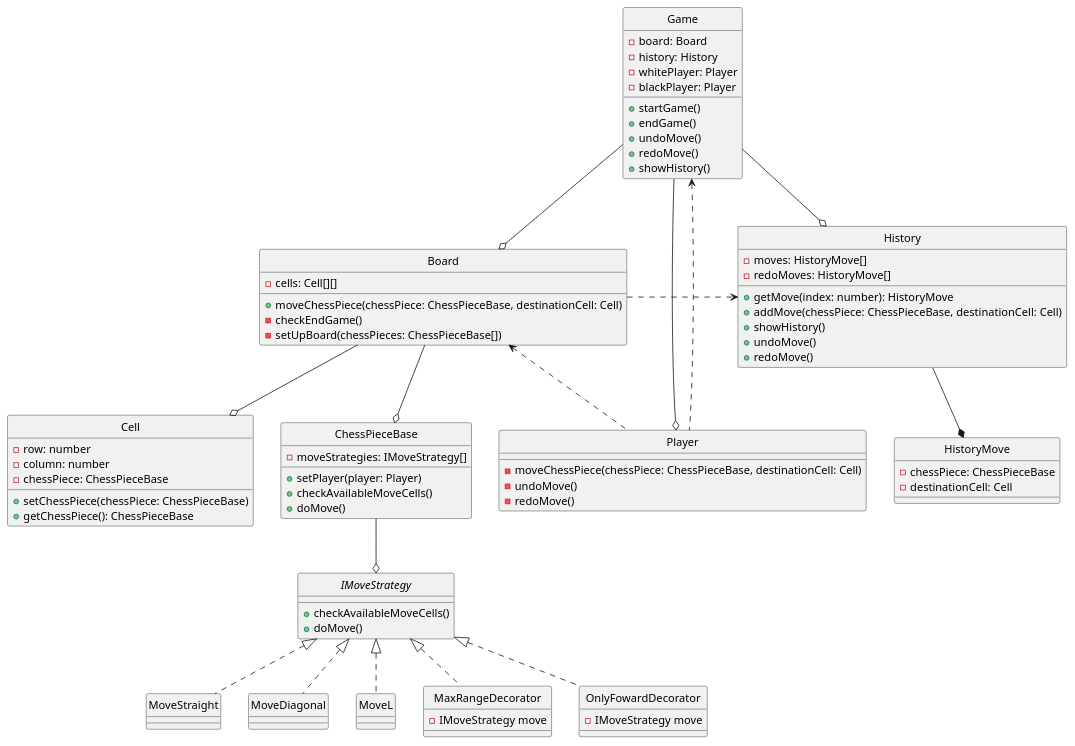
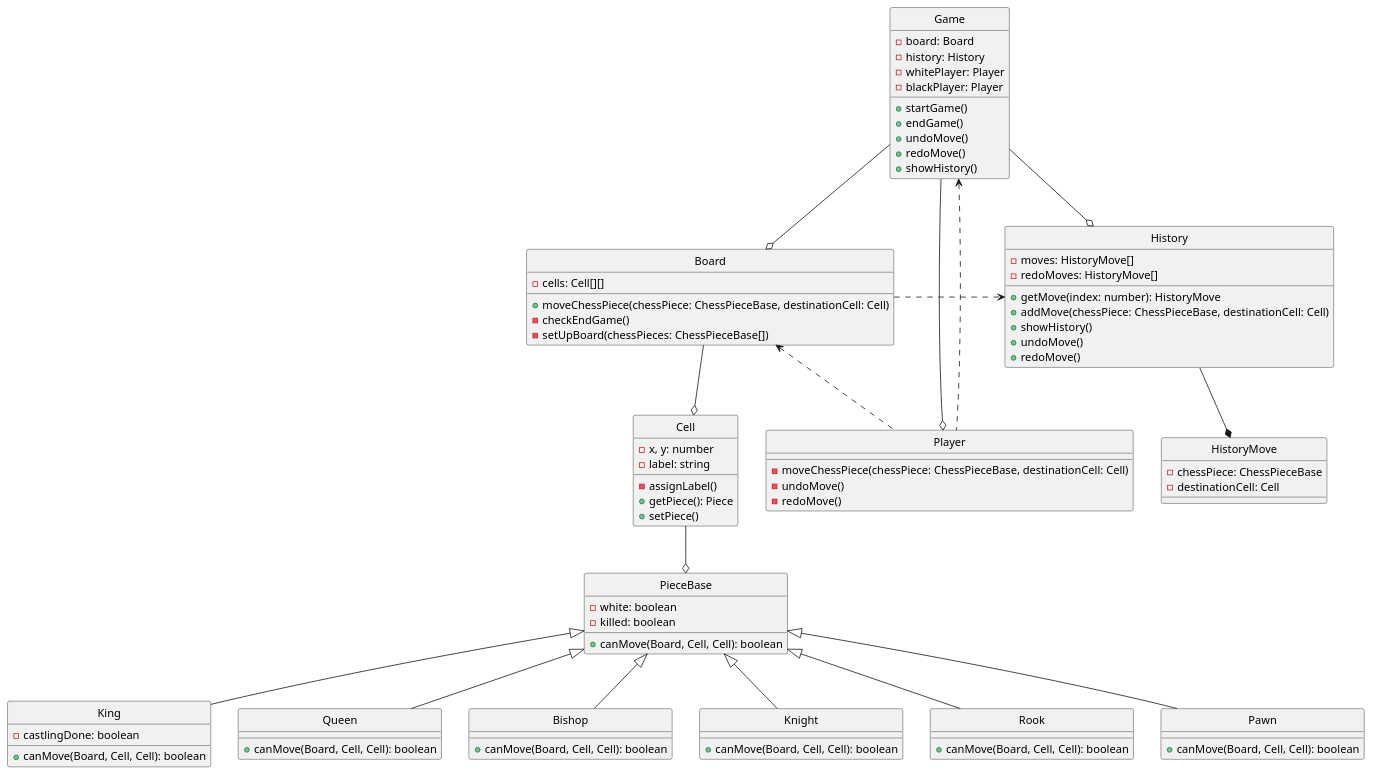
Before and after one commit to duyhq-zee1/chess-game: the diagram in class-diagram.puml, drawn with PlantUML.

Commit message:
doc: fix class diagram

```diff
--- a/class-diagram.puml
+++ b/class-diagram.puml
@@ -1,93 +1,96 @@
 @startuml "Chess game"
 hide circle
 
 class Board {
   - cells: Cell[][]
   + moveChessPiece(chessPiece: ChessPieceBase, destinationCell: Cell)
   - checkEndGame()
   - setUpBoard(chessPieces: ChessPieceBase[])
 }
 
 class Cell {
-  - row: number
-  - column: number
-  - chessPiece: ChessPieceBase
-  + setChessPiece(chessPiece: ChessPieceBase)
-  + getChessPiece(): ChessPieceBase
+  - x, y: number
+  - label: string
+  - assignLabel()
+  + getPiece(): Piece
+  + setPiece()
 }
 
 class Player {
   - moveChessPiece(chessPiece: ChessPieceBase, destinationCell: Cell)
   - undoMove()
   - redoMove()
 }
 
-class ChessPieceBase {
-  - moveStrategies: IMoveStrategy[]
-  + setPlayer(player: Player)
-  + checkAvailableMoveCells()
-  + doMove()
+class PieceBase {
+  - white: boolean
+  - killed: boolean
+  + canMove(Board, Cell, Cell): boolean
 }
 
-interface IMoveStrategy { 
-  + checkAvailableMoveCells()
-  + doMove()
+class King extends PieceBase {
+  - castlingDone: boolean
+  + canMove(Board, Cell, Cell): boolean
 }
 
-class MoveStraight implements IMoveStrategy { }
-
-class MoveDiagonal implements IMoveStrategy { }
-
-class MoveL implements IMoveStrategy { }
-
-class MaxRangeDecorator implements IMoveStrategy {
-  - IMoveStrategy move
+class Queen extends PieceBase {
+  + canMove(Board, Cell, Cell): boolean
 }
 
-class OnlyFowardDecorator implements IMoveStrategy {
-  - IMoveStrategy move
+class Bishop extends PieceBase {
+  + canMove(Board, Cell, Cell): boolean
+}
+
+class Knight extends PieceBase {
+  + canMove(Board, Cell, Cell): boolean
+}
+
+class Rook extends PieceBase {
+  + canMove(Board, Cell, Cell): boolean
+}
+
+class Pawn extends PieceBase {
+  + canMove(Board, Cell, Cell): boolean
 }
 
 class Game {
   - board: Board
   - history: History
   - whitePlayer: Player
   - blackPlayer: Player
   + startGame()
   + endGame()
   + undoMove()
   + redoMove()
   + showHistory()
 }
 
 class History { 
   - moves: HistoryMove[]
   - redoMoves: HistoryMove[]
   + getMove(index: number): HistoryMove
   + addMove(chessPiece: ChessPieceBase, destinationCell: Cell)
   + showHistory()
   + undoMove()
   + redoMove()
 }
 
 class HistoryMove {
   - chessPiece: ChessPieceBase
   - destinationCell: Cell
 }
 
-ChessPieceBase -down-o IMoveStrategy
-
 Board -down-o Cell
-Board -down-o ChessPieceBase
+Cell -down-o PieceBase
 Board .right.> History
 
 History -down-* HistoryMove
 
 Game -down-o Board
 Game -down-o History
 Game -down-o Player
 
 Player .up.> Board
 Player .up.> Game
 
 @enduml
```
